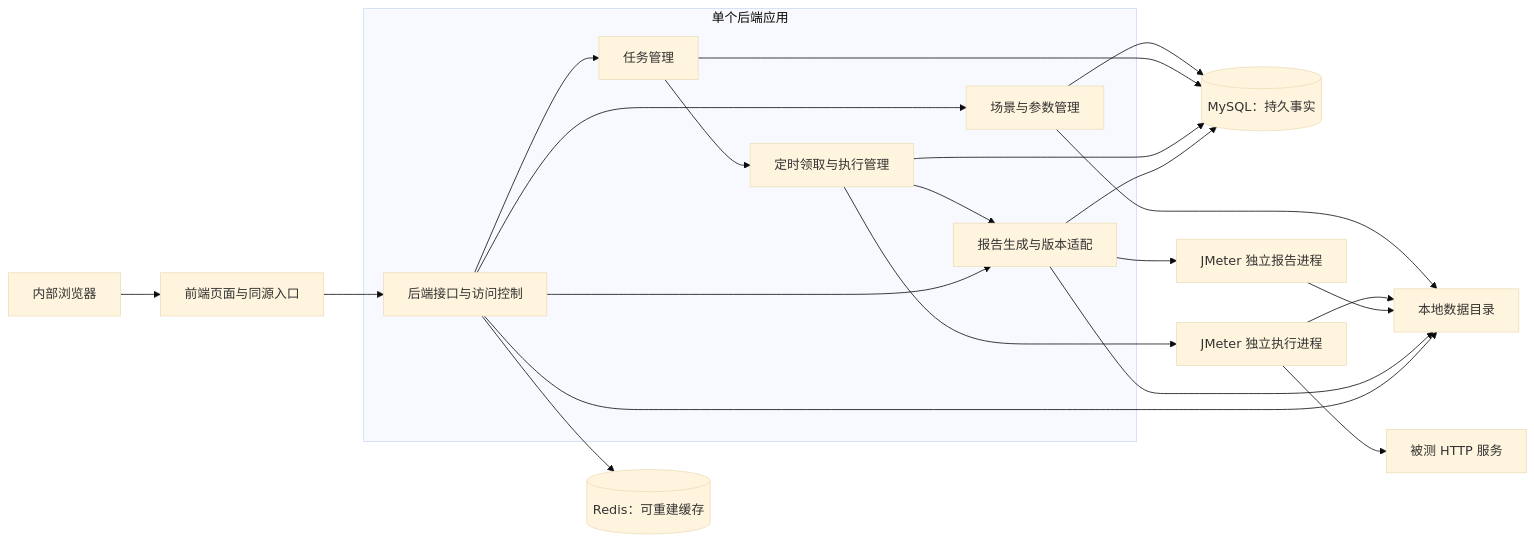
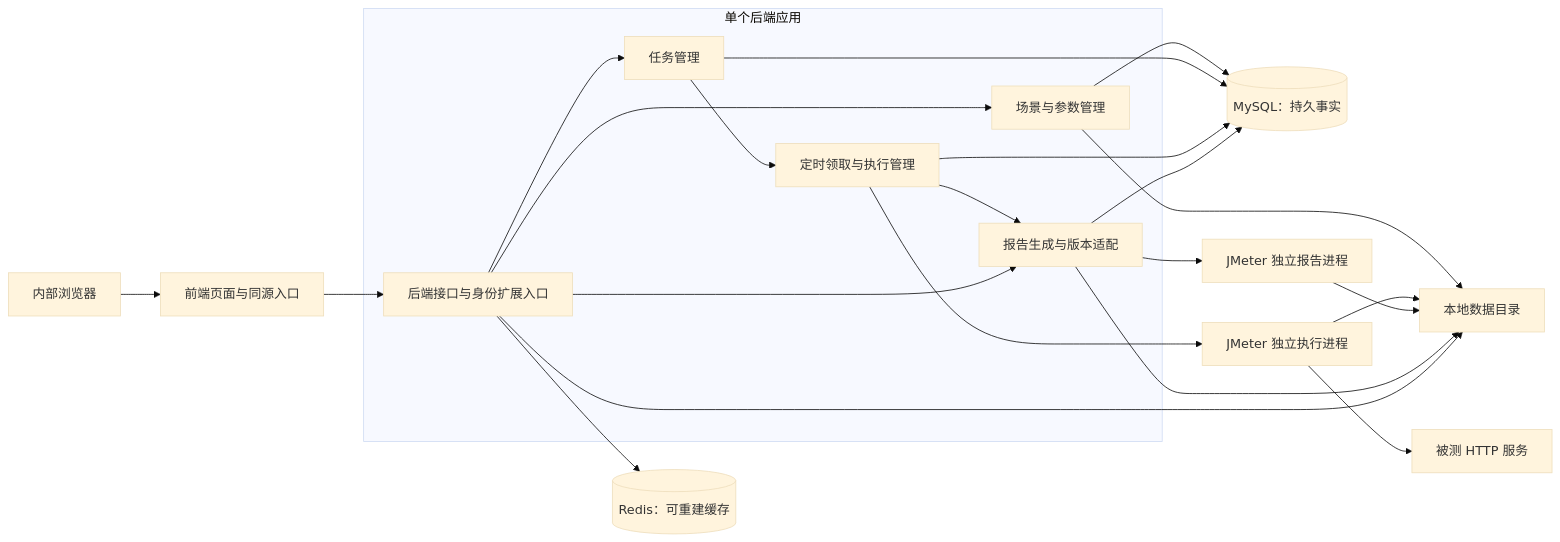
Before and after one commit to Honkey-y/docs: the first of 4 diagrams in 压测平台/规划/技术与数据规范.md, drawn with Mermaid (base theme). The commit also changed other lines of this file and 7 other files, not shown here.

````diff
--- a/压测平台/规划/技术与数据规范.md
+++ b/压测平台/规划/技术与数据规范.md
@@ -31,25 +64,25 @@
 ```mermaid
 flowchart LR
   U[内部浏览器] --> W[前端页面与同源入口]
-  W --> API[后端接口与访问控制]
+  W --> API[后端接口与身份扩展入口]
   subgraph B[单个后端应用]
     API --> P[场景与参数管理]
     API --> Q[任务管理]
     Q --> S[定时领取与执行管理]
     S --> G[报告生成与版本适配]
     API --> G
   end
   P --> DB[(MySQL：持久事实)]
   Q --> DB
   S --> DB
   G --> DB
   API --> C[(Redis：可重建缓存)]
   P --> F[本地数据目录]
   S --> J[JMeter 独立执行进程]
   J --> F
   G --> R[JMeter 独立报告进程]
   R --> F
   G --> F
   API --> F
   J --> T[被测 HTTP 服务]
 ```
````
